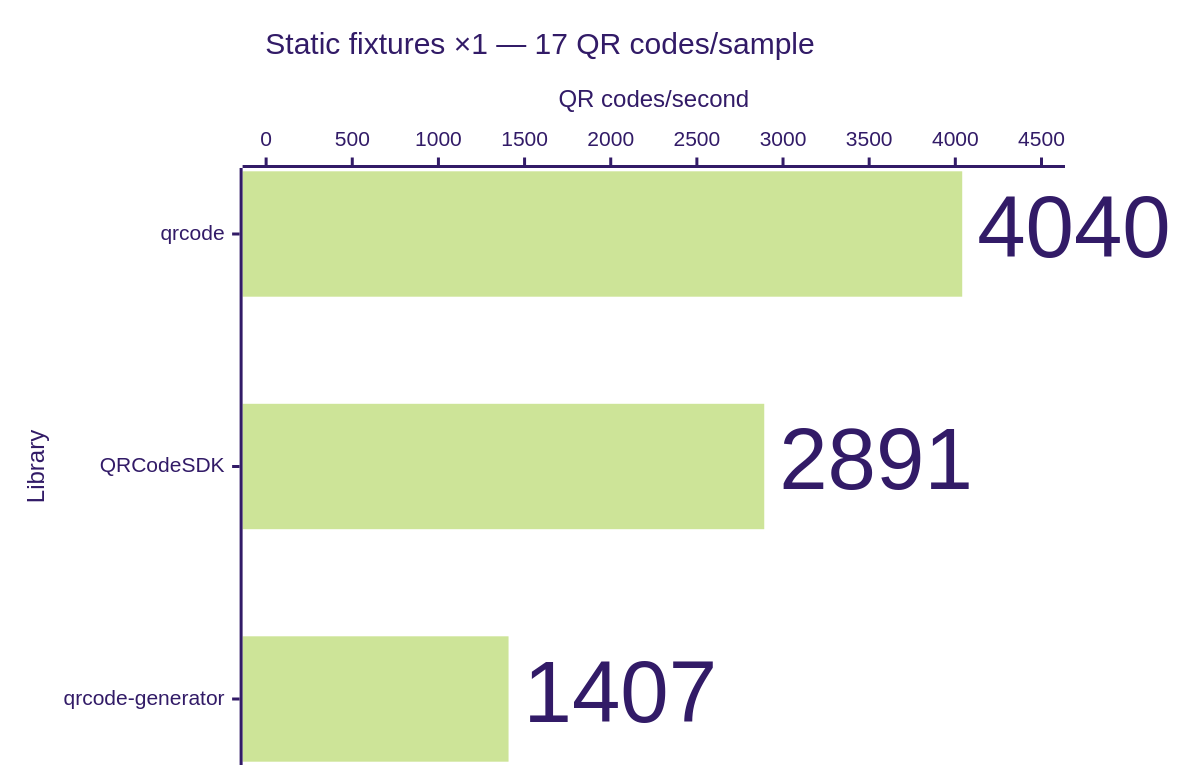
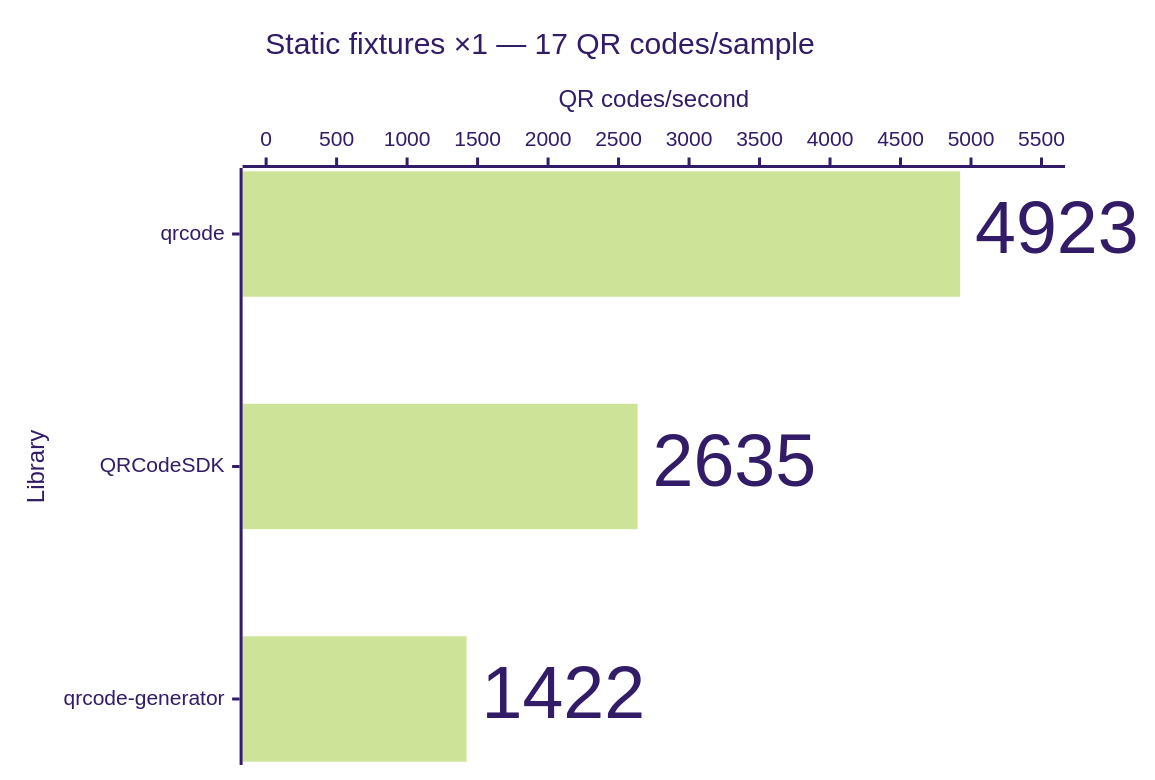
One commit to Dafnik/qrcodesdk changed the eighth of 14 diagrams in apps/docs/src/content/docs/learn/performance.md. Above: the diagram before and after it, drawn with Mermaid (forest theme). The commit also changed other lines of this file, not shown here.

````diff
--- a/apps/docs/src/content/docs/learn/performance.md
+++ b/apps/docs/src/content/docs/learn/performance.md
@@ -182,15 +182,15 @@
 ```mermaid
 ---
 config:
   xyChart:
     showDataLabel: true
     showDataLabelOutsideBar: true
 ---
 xychart horizontal
   accTitle: SVG generation: Static fixtures ×1 — 17 QR codes/sample
-  accDescr: Throughput calculated from median time. qrcode 4,040 QR codes per second, QRCodeSDK 2,891 QR codes per second, qrcode-generator 1,407 QR codes per second. Higher is better.
+  accDescr: Throughput calculated from median time. qrcode 4,923 QR codes per second, QRCodeSDK 2,635 QR codes per second, qrcode-generator 1,422 QR codes per second. Higher is better.
   title "Static fixtures ×1 — 17 QR codes/sample"
   x-axis "Library" ["qrcode", "QRCodeSDK", "qrcode-generator"]
-  y-axis "QR codes/second" 0 --> 4500
-  bar [4040, 2891, 1407]
+  y-axis "QR codes/second" 0 --> 5500
+  bar [4923, 2635, 1422]
 ```
````
